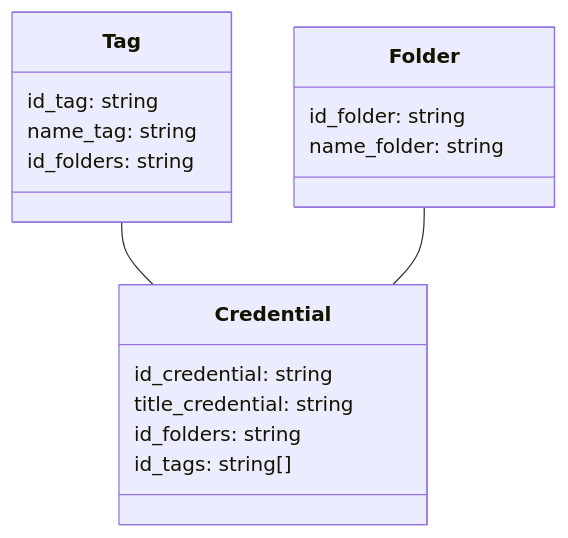
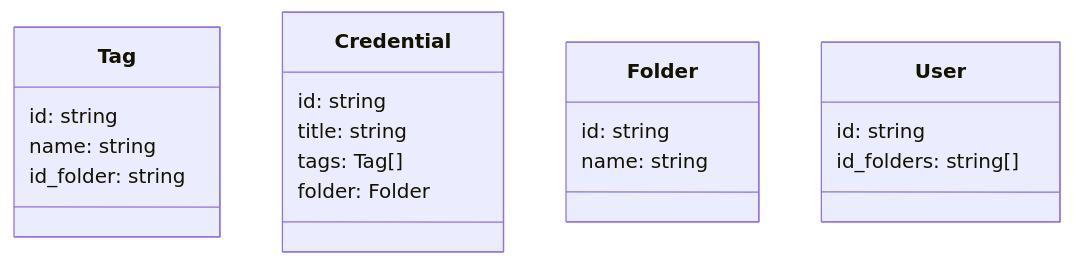
One commit to DO-2K23-26/polypass-archi-technique changed the diagram in src/drafts/search/data-structure.adoc. Above: the diagram before and after it, drawn with Mermaid. The commit also changed 1 other file, not shown here.

Commit message:
chore: moving files

```diff
--- a/src/drafts/search/data-structure.adoc
+++ b/src/drafts/search/data-structure.adoc
@@ -8,21 +8,23 @@
 [mermaid, data-structure, png]
 ----
 classDiagram
     class Tag {
-        id_tag: string
-        name_tag: string
-        id_folders: string
+        id: string
+        name: string
+        id_folder: string
     }
     class Credential {
-        id_credential: string
-        title_credential: string
-        id_folders: string
-        id_tags: string[]
+        id: string
+        title: string
+        tags: Tag[]
+        folder: Folder
     }
     class Folder {
-        id_folder: string
-        name_folder: string
+        id: string
+        name: string
     }
-    Tag -- Credential
-    Folder -- Credential
+    class User {
+        id: string
+        id_folders: string[]
+    }
 ----
```
